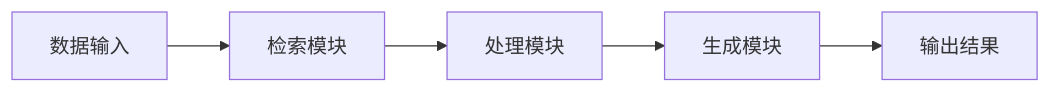
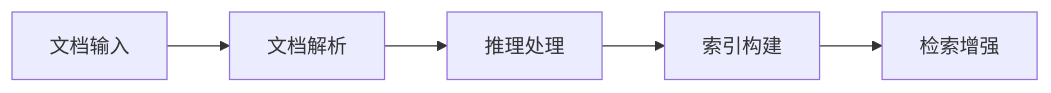
Before and after one commit to wayyoungboy/github-trending-reporter: the second of 7 diagrams in reports/2026/01/2026-01-25.md, drawn with Mermaid. The commit also changed other lines of this file and 1 other file, not shown here.

````diff
--- a/reports/2026/01/2026-01-25.md
+++ b/reports/2026/01/2026-01-25.md
@@ -164,7 +105,7 @@
 ```mermaid
 graph LR
-    A[数据输入] --> B[检索模块]
-    B --> C[处理模块]
-    C --> D[生成模块]
-    D --> E[输出结果]
+    A[文档输入] --> B[文档解析]
+    B --> C[推理处理]
+    C --> D[索引构建]
+    D --> E[检索增强]
 ```
````
